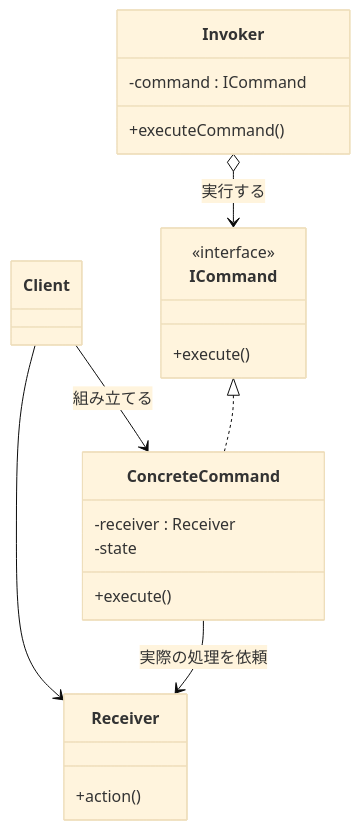
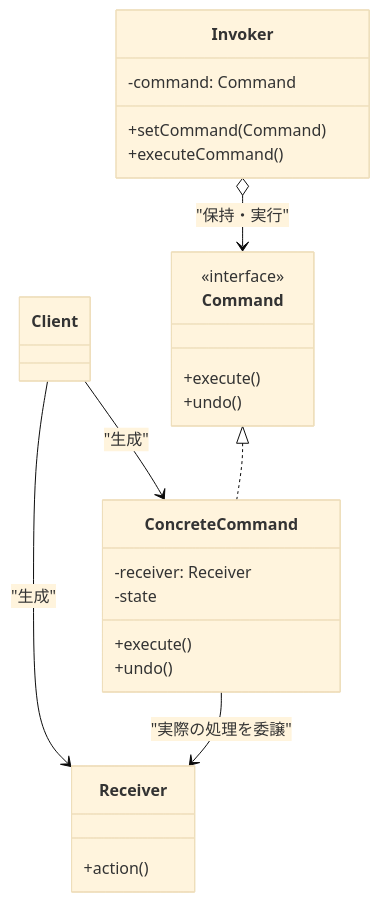
The sixth of 6 diagrams in kindle/design-patterns/output/chapter05.md (kumachan1101-pixel/DesignPattern), drawn with Mermaid (base theme) before and after one commit. The commit also changed other lines of this file and 3 other files, not shown here.

````diff
--- a/kindle/design-patterns/output/chapter05.md
+++ b/kindle/design-patterns/output/chapter05.md
@@ -876,27 +1113,34 @@
 ```mermaid
 classDiagram
     class Invoker {
-        -command : ICommand
+        -command: Command
+        +setCommand(Command)
         +executeCommand()
     }
-    class ICommand {
+    
+    class Command {
         <<interface>>
         +execute()
+        +undo()
     }
+    
     class ConcreteCommand {
-        -receiver : Receiver
+        -receiver: Receiver
         -state
         +execute()
+        +undo()
     }
+    
     class Receiver {
         +action()
     }
+    
     class Client {
     }
-    
-    Client --> ConcreteCommand : 組み立てる
-    Client --> Receiver
-    Invoker o--> ICommand : 実行する
-    ICommand <|.. ConcreteCommand
-    ConcreteCommand --> Receiver : 実際の処理を依頼
+
+    Client --> ConcreteCommand : "生成"
+    Client --> Receiver : "生成"
+    Invoker o--> Command : "保持・実行"
+    Command <|.. ConcreteCommand
+    ConcreteCommand --> Receiver : "実際の処理を委譲"
 ```
````
